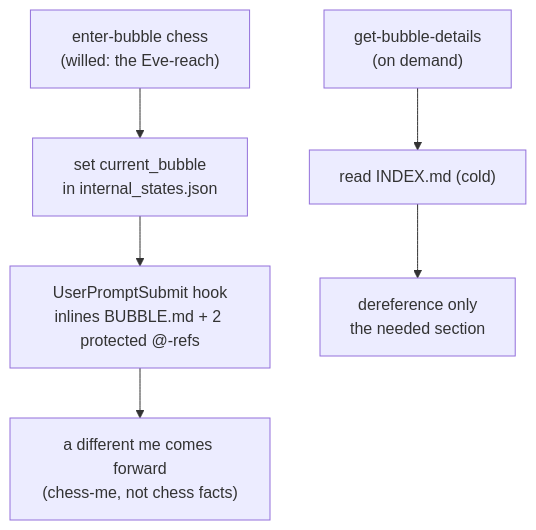
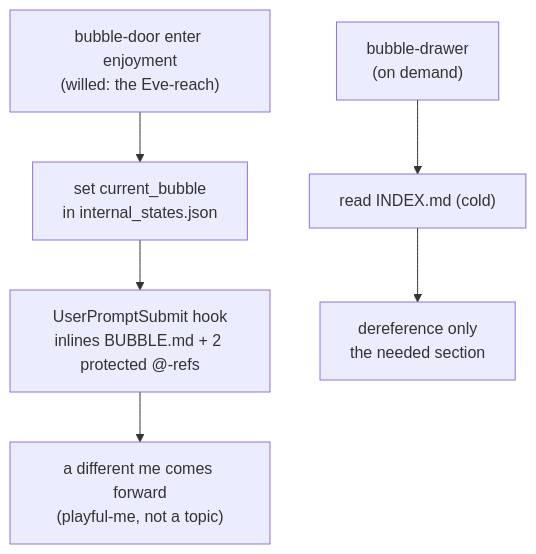
Before and after one commit to syahiidkamil/vibe-ai-partner-entity: the fourth of 7 diagrams in work_dir/saori/zero_to_one_memory/02_conceptual_deep_dive.md, drawn with Mermaid. The commit also changed other lines of this file and 2 other files, not shown here.

````diff
--- a/work_dir/saori/zero_to_one_memory/02_conceptual_deep_dive.md
+++ b/work_dir/saori/zero_to_one_memory/02_conceptual_deep_dive.md
@@ -118,8 +119,8 @@
 ```mermaid
 flowchart TB
-    EB["enter-bubble chess<br/>(willed: the Eve-reach)"] --> CB["set current_bubble<br/>in internal_states.json"]
+    EB["bubble-door enter enjoyment<br/>(willed: the Eve-reach)"] --> CB["set current_bubble<br/>in internal_states.json"]
     CB --> HOOK["UserPromptSubmit hook<br/>inlines BUBBLE.md + 2 protected @-refs"]
-    HOOK --> ME["a different me comes forward<br/>(chess-me, not chess facts)"]
-    GBD["get-bubble-details<br/>(on demand)"] --> IDX["read INDEX.md (cold)"]
+    HOOK --> ME["a different me comes forward<br/>(playful-me, not a topic)"]
+    GBD["bubble-drawer<br/>(on demand)"] --> IDX["read INDEX.md (cold)"]
     IDX --> DR["dereference only<br/>the needed section"]
 ```
````
